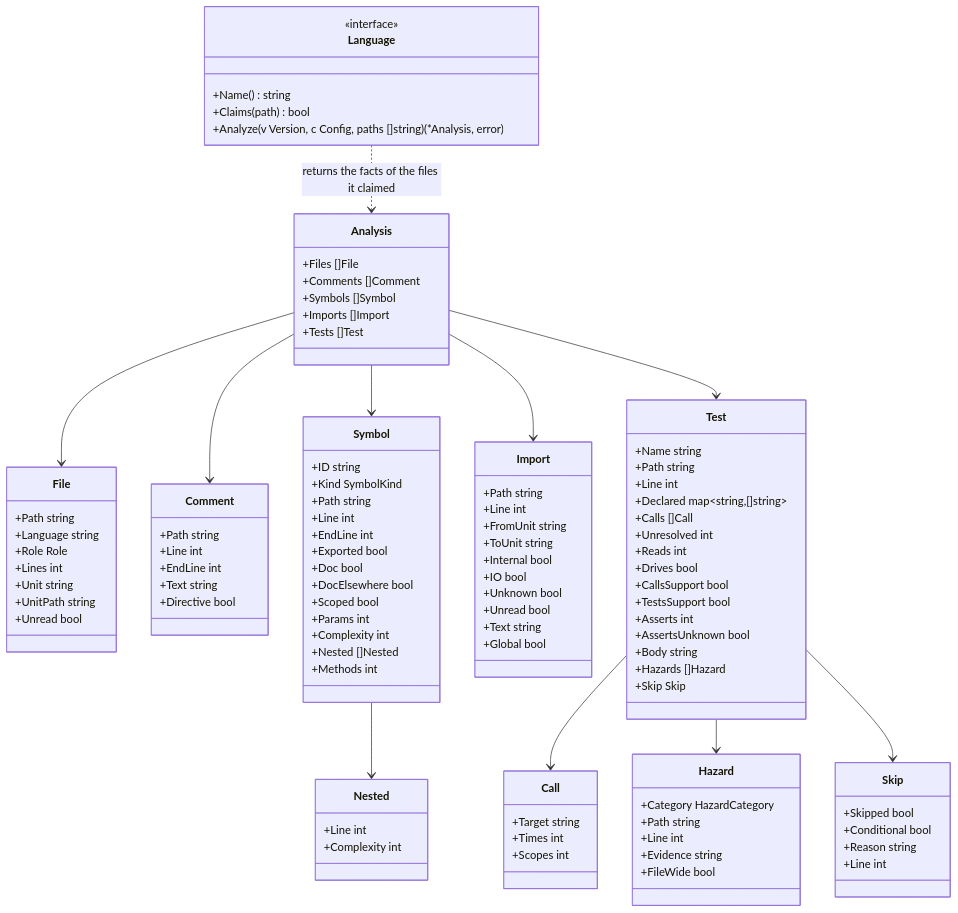
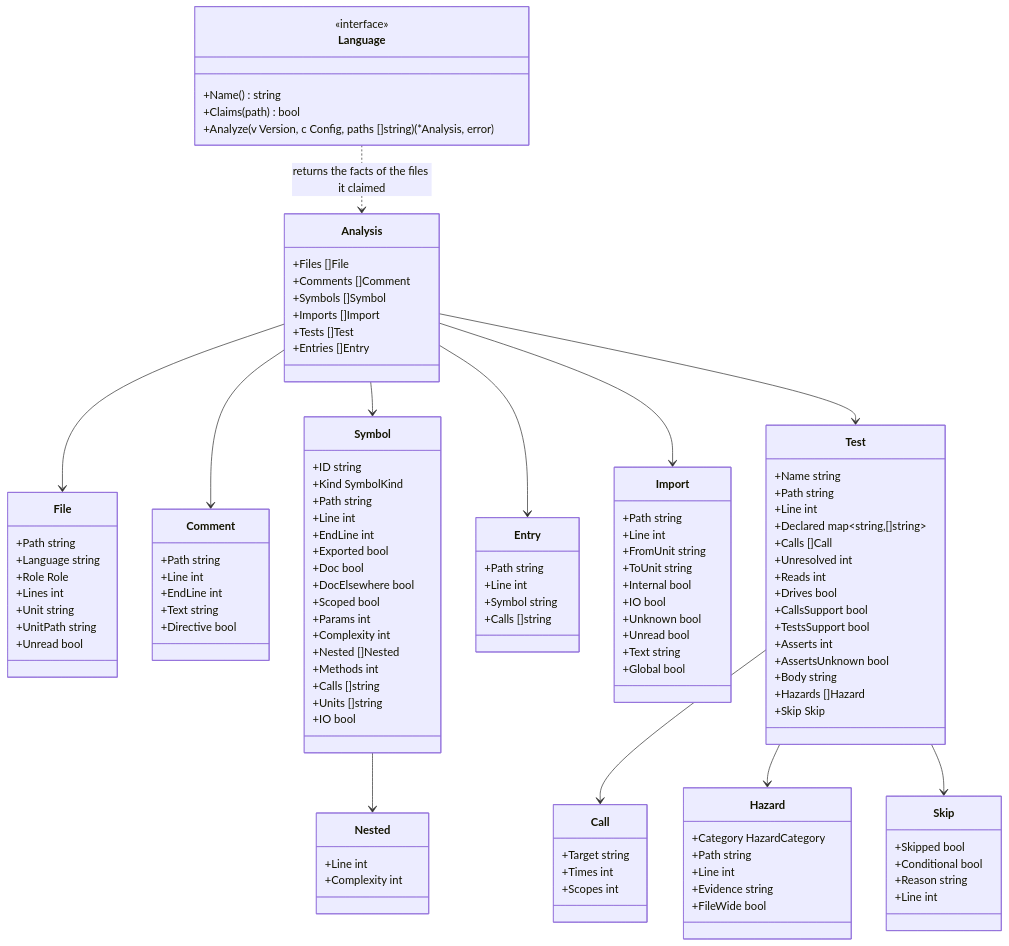
The diagram in docs/design/adapters.md (rerorets/hadome), drawn with Mermaid before and after one commit. The commit also changed other lines of this file and 39 other files, not shown here.

Commit message:
A Go package's TestMain setup is a target of its tests, symbols sharing a short name are shown by their shortest distinct path, and idempotent candidates need I/O reached from a retryable entry point in every language (#118)

```diff
--- a/docs/design/adapters.md
+++ b/docs/design/adapters.md
@@ -28,6 +28,7 @@
     +Symbols []Symbol
     +Imports []Import
     +Tests []Test
+    +Entries []Entry
   }
   class File {
     +Path string
@@ -59,6 +60,15 @@
     +Complexity int
     +Nested []Nested
     +Methods int
+    +Calls []string
+    +Units []string
+    +IO bool
+  }
+  class Entry {
+    +Path string
+    +Line int
+    +Symbol string
+    +Calls []string
   }
   class Nested {
     +Line int
@@ -121,6 +131,7 @@
   Analysis --> Comment
   Analysis --> Symbol
   Symbol --> Nested
+  Analysis --> Entry
   Analysis --> Import
   Analysis --> Test
   Test --> Call
```
